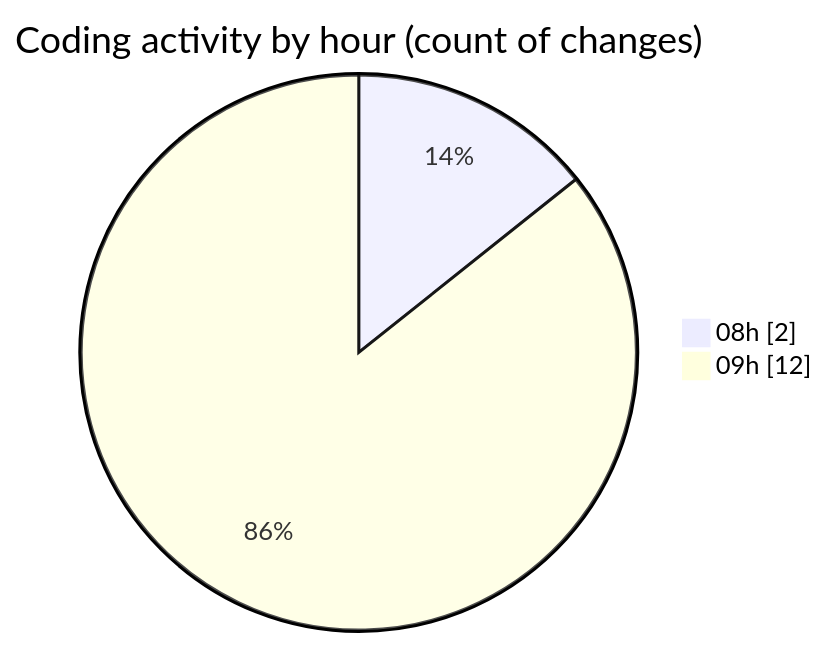
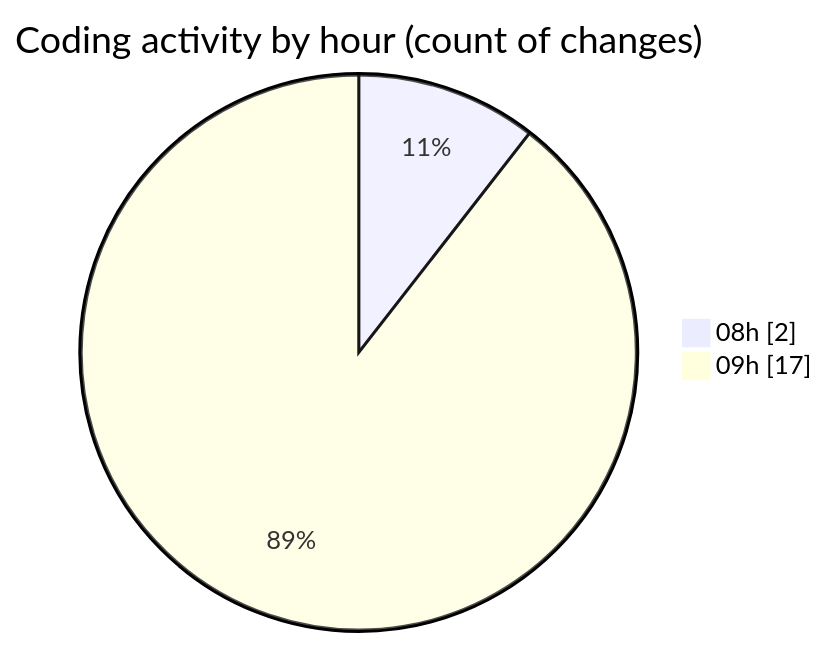
The second of 2 diagrams in 2026-08-20/lab2/README.md (Unknowalive/code-tracking), drawn with Mermaid before and after one commit. The commit also changed other lines of this file and 1 other file, not shown here.

````diff
--- a/2026-08-20/lab2/README.md
+++ b/2026-08-20/lab2/README.md
@@ -33,6 +34,6 @@
 ```mermaid
 pie showData
 title Coding activity by hour (count of changes)
 "08h" : 2
-"09h" : 12
+"09h" : 17
 ```
````
